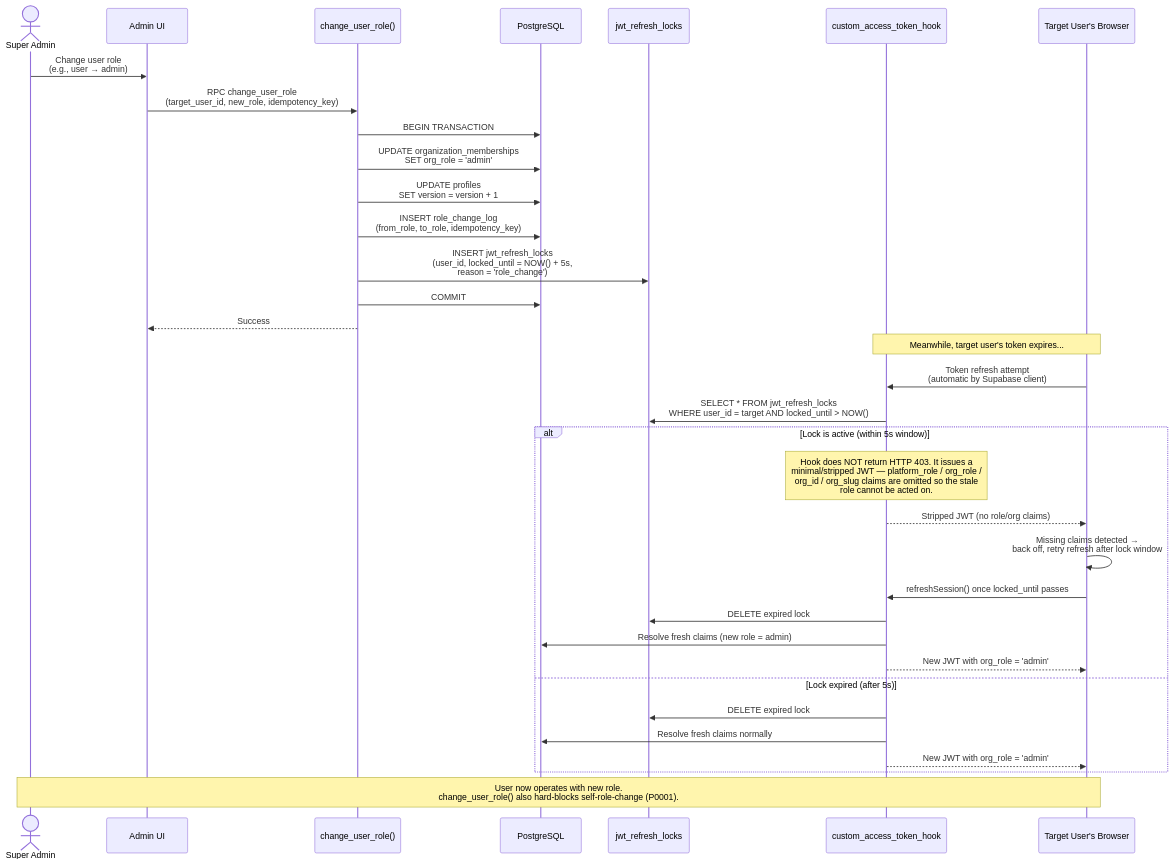
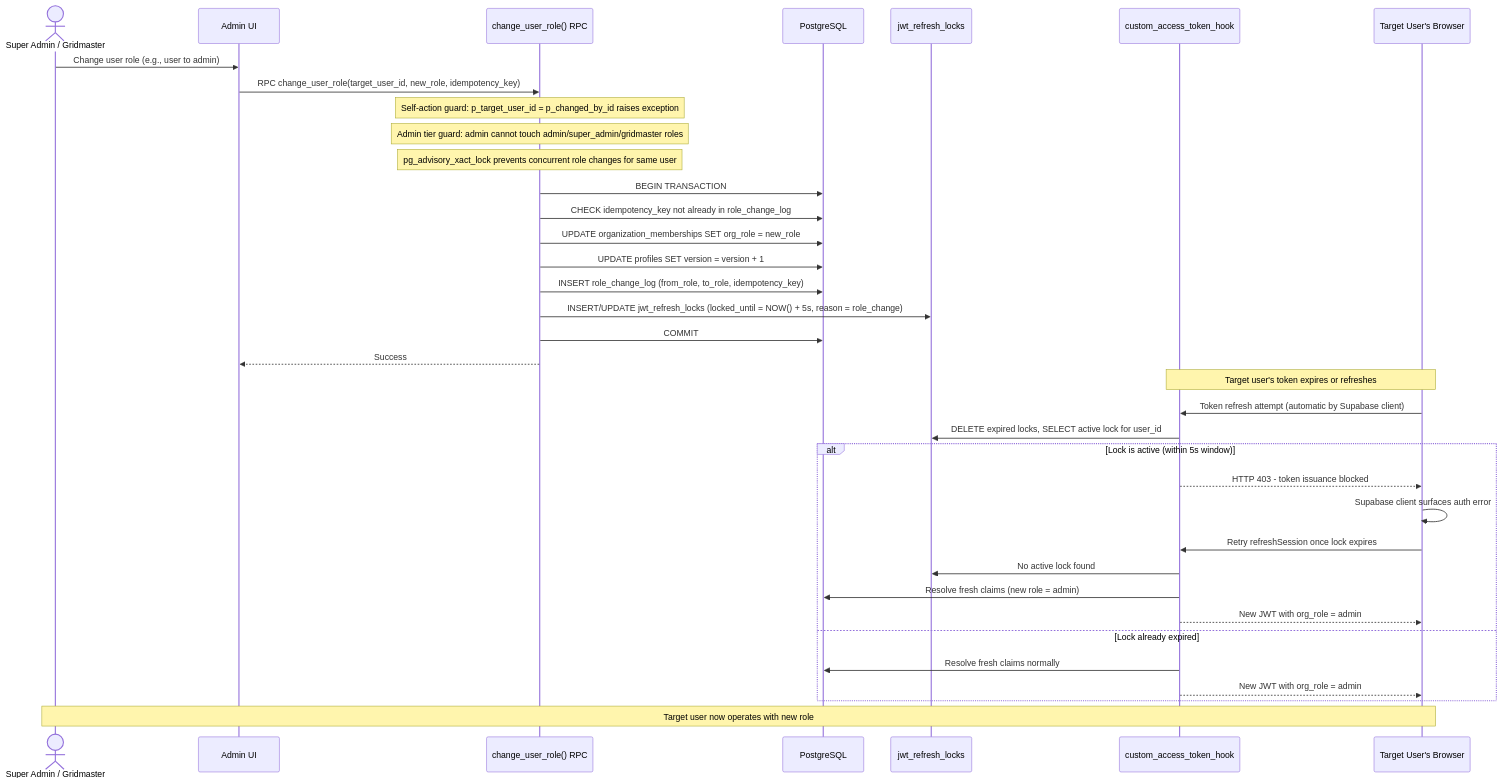
The tenth of 17 diagrams in SYSTEM_FLOWCHARTS.md (nickosmas/dub-grid), drawn with Mermaid before and after one commit. The commit also changed other lines of this file and 24 other files, not shown here.

````diff
--- a/SYSTEM_FLOWCHARTS.md
+++ b/SYSTEM_FLOWCHARTS.md
@@ -672,43 +932,46 @@
 ```mermaid
 sequenceDiagram
-    actor Admin as Super Admin
+    actor Admin as Super Admin / Gridmaster
     participant UI as Admin UI
-    participant RPC as change_user_role()
+    participant RPC as change_user_role() RPC
     participant DB as PostgreSQL
     participant Lock as jwt_refresh_locks
     participant Hook as custom_access_token_hook
     participant Target as Target User's Browser
 
-    Admin->>UI: Change user role<br/>(e.g., user → admin)
-    UI->>RPC: RPC change_user_role<br/>(target_user_id, new_role, idempotency_key)
+    Admin->>UI: Change user role (e.g., user to admin)
+    UI->>RPC: RPC change_user_role(target_user_id, new_role, idempotency_key)
+
+    Note over RPC: Self-action guard: p_target_user_id = p_changed_by_id raises exception
+    Note over RPC: Admin tier guard: admin cannot touch admin/super_admin/gridmaster roles
+    Note over RPC: pg_advisory_xact_lock prevents concurrent role changes for same user
 
     RPC->>DB: BEGIN TRANSACTION
-    RPC->>DB: UPDATE organization_memberships<br/>SET org_role = 'admin'
-    RPC->>DB: UPDATE profiles<br/>SET version = version + 1
-    RPC->>DB: INSERT role_change_log<br/>(from_role, to_role, idempotency_key)
-    RPC->>Lock: INSERT jwt_refresh_locks<br/>(user_id, locked_until = NOW() + 5s,<br/>reason = 'role_change')
+    RPC->>DB: CHECK idempotency_key not already in role_change_log
+    RPC->>DB: UPDATE organization_memberships SET org_role = new_role
+    RPC->>DB: UPDATE profiles SET version = version + 1
+    RPC->>DB: INSERT role_change_log (from_role, to_role, idempotency_key)
+    RPC->>Lock: INSERT/UPDATE jwt_refresh_locks (locked_until = NOW() + 5s, reason = role_change)
     RPC->>DB: COMMIT
 
     RPC-->>UI: Success
 
-    Note over Target,Hook: Meanwhile, target user's token expires...
+    Note over Target,Hook: Target user's token expires or refreshes
 
-    Target->>Hook: Token refresh attempt<br/>(automatic by Supabase client)
-    Hook->>Lock: SELECT * FROM jwt_refresh_locks<br/>WHERE user_id = target AND locked_until > NOW()
+    Target->>Hook: Token refresh attempt (automatic by Supabase client)
+    Hook->>Lock: DELETE expired locks, SELECT active lock for user_id
 
     alt Lock is active (within 5s window)
-        Note over Hook: Hook does NOT return HTTP 403. It issues a<br/>minimal/stripped JWT — platform_role / org_role /<br/>org_id / org_slug claims are omitted so the stale<br/>role cannot be acted on.
-        Hook-->>Target: Stripped JWT (no role/org claims)
-        Target->>Target: Missing claims detected →<br/>back off, retry refresh after lock window
-        Target->>Hook: refreshSession() once locked_until passes
-        Hook->>Lock: DELETE expired lock
+        Hook-->>Target: HTTP 403 - token issuance blocked
+        Target->>Target: Supabase client surfaces auth error
+        Target->>Hook: Retry refreshSession once lock expires
+        Hook->>Lock: No active lock found
         Hook->>DB: Resolve fresh claims (new role = admin)
-        Hook-->>Target: New JWT with org_role = 'admin'
-    else Lock expired (after 5s)
-        Hook->>Lock: DELETE expired lock
+        Hook-->>Target: New JWT with org_role = admin
+    else Lock already expired
         Hook->>DB: Resolve fresh claims normally
-        Hook-->>Target: New JWT with org_role = 'admin'
+        Hook-->>Target: New JWT with org_role = admin
     end
 
-    Note over Admin,Target: User now operates with new role.<br/>change_user_role() also hard-blocks self-role-change (P0001).
+    Note over Admin,Target: Target user now operates with new role
 ```
````
